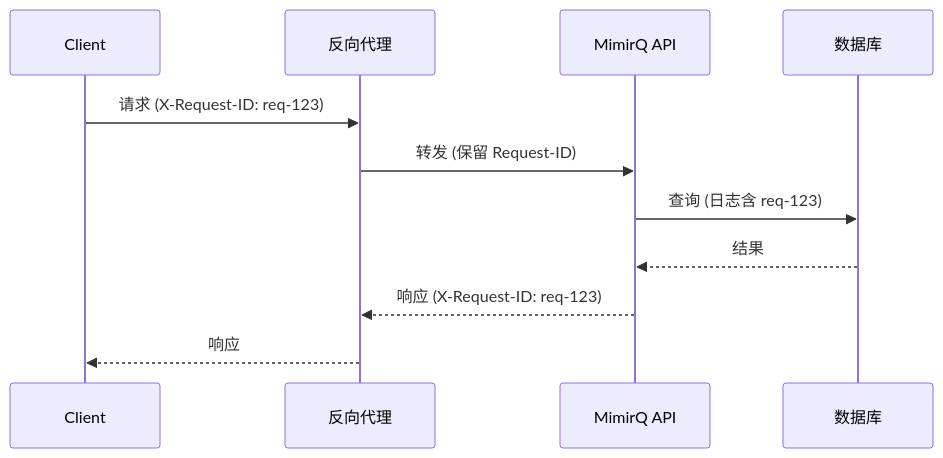
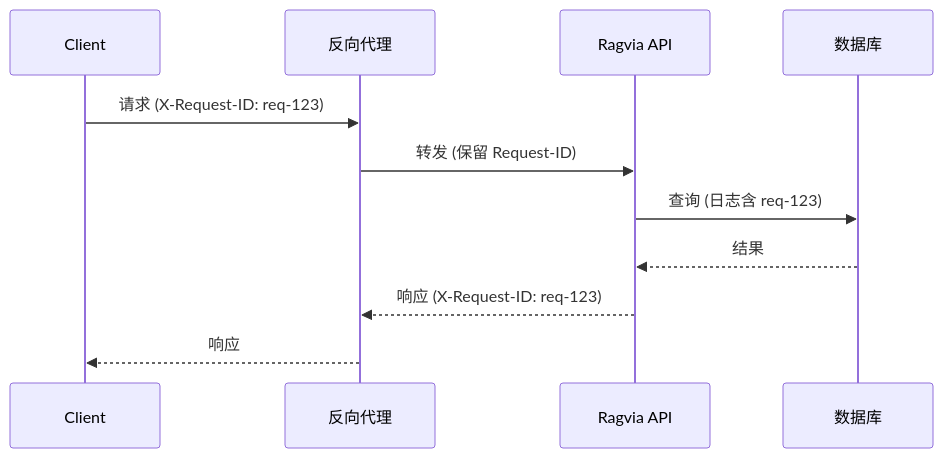
One commit to skygazer42/MimirQ changed the diagram in docs-site/docs/integration/patterns/observability-requests.md. Above: the diagram before and after it, drawn with Mermaid. The commit also changed other lines of this file and 128 other files, not shown here.

````diff
--- a/docs-site/docs/integration/patterns/observability-requests.md
+++ b/docs-site/docs/integration/patterns/observability-requests.md
@@ -14,13 +14,13 @@
 ```mermaid
 sequenceDiagram
     participant Client
     participant Gateway as 反向代理
-    participant API as MimirQ API
+    participant API as Ragvia API
     participant DB as 数据库
     Client->>Gateway: 请求 (X-Request-ID: req-123)
     Gateway->>API: 转发 (保留 Request-ID)
     API->>DB: 查询 (日志含 req-123)
     DB-->>API: 结果
     API-->>Gateway: 响应 (X-Request-ID: req-123)
     Gateway-->>Client: 响应
 ```
````
